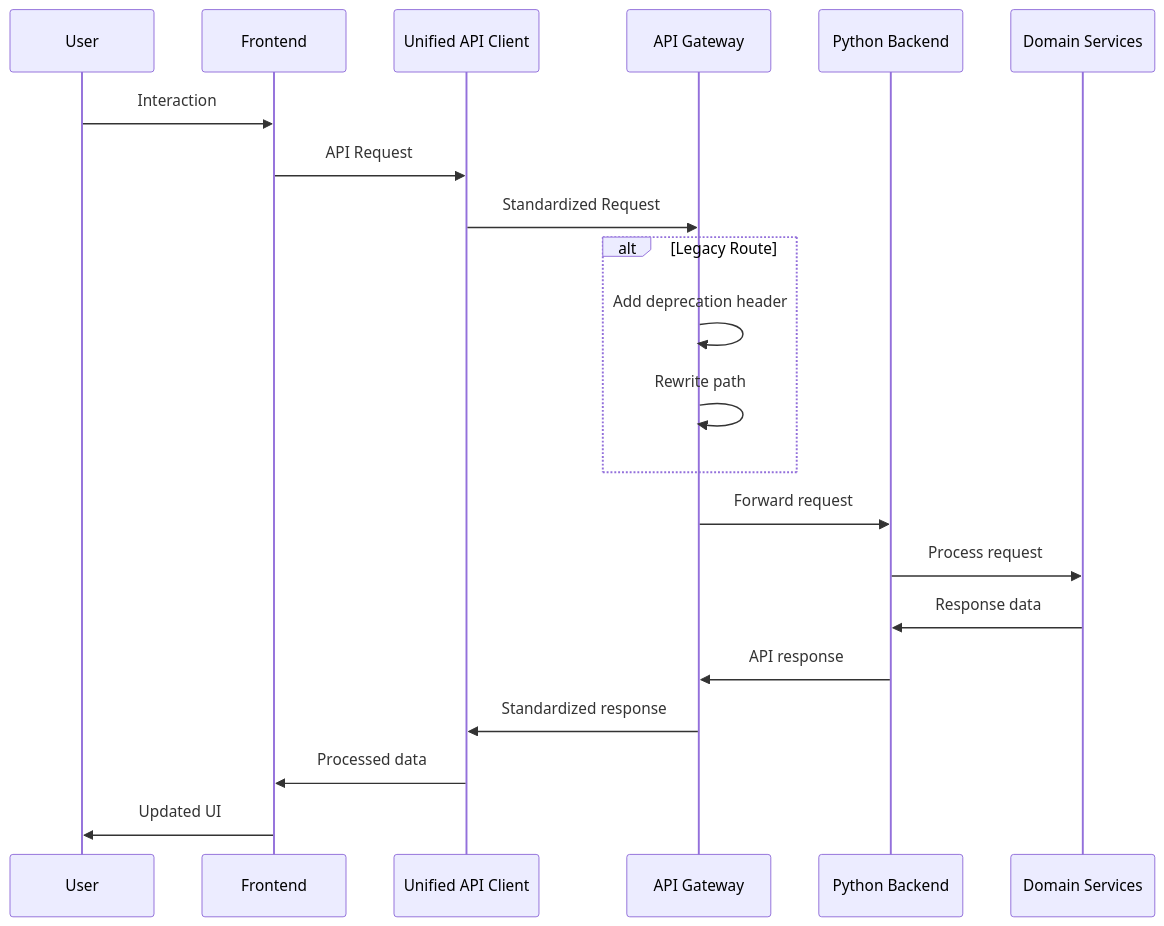
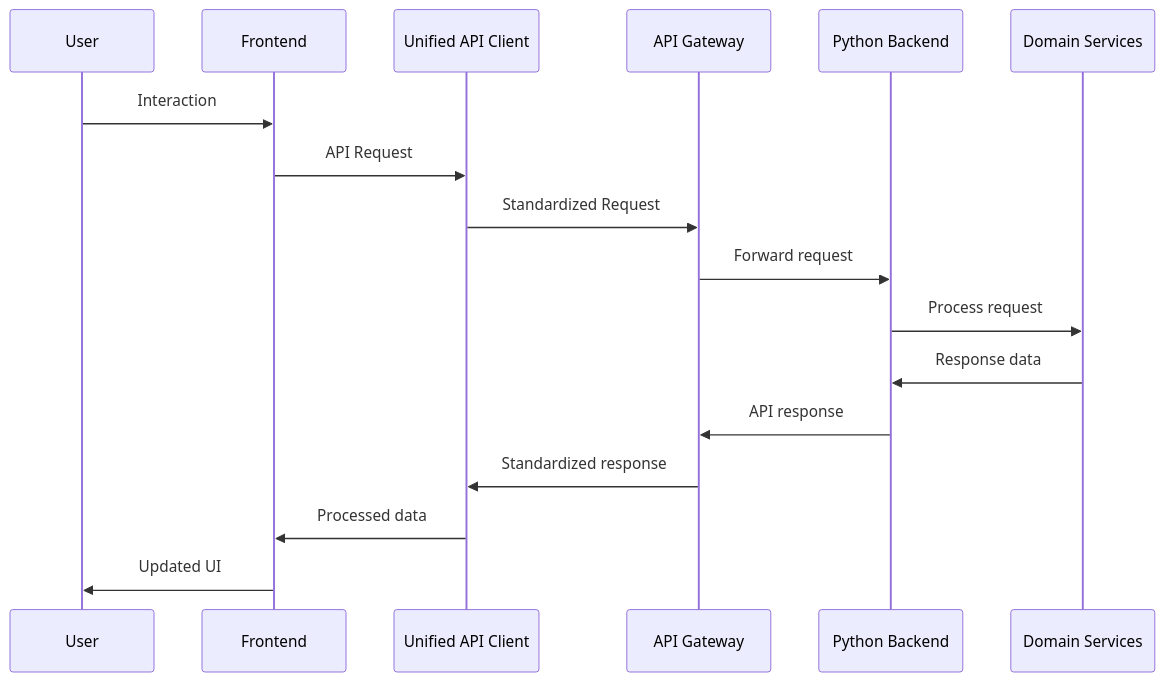
Before and after one commit to Victordtesla24/containerised-birth-time-rectifier: the third of 3 diagrams in docs/architecture/unified_api_gateway_diagram.md, drawn with Mermaid. The commit also changed other lines of this file and 2469 other files, not shown here.

````diff
--- a/docs/architecture/unified_api_gateway_diagram.md
+++ b/docs/architecture/unified_api_gateway_diagram.md
@@ -82,26 +73,20 @@
 ```mermaid
 sequenceDiagram
     participant User
     participant Frontend
     participant APIClient as Unified API Client
     participant Gateway as API Gateway
     participant Python as Python Backend
     participant Services as Domain Services
 
     User->>Frontend: Interaction
     Frontend->>APIClient: API Request
     APIClient->>Gateway: Standardized Request
-
-    alt Legacy Route
-        Gateway->>Gateway: Add deprecation header
-        Gateway->>Gateway: Rewrite path
-    end
-
     Gateway->>Python: Forward request
     Python->>Services: Process request
     Services->>Python: Response data
     Python->>Gateway: API response
     Gateway->>APIClient: Standardized response
     APIClient->>Frontend: Processed data
     Frontend->>User: Updated UI
 ```
````
